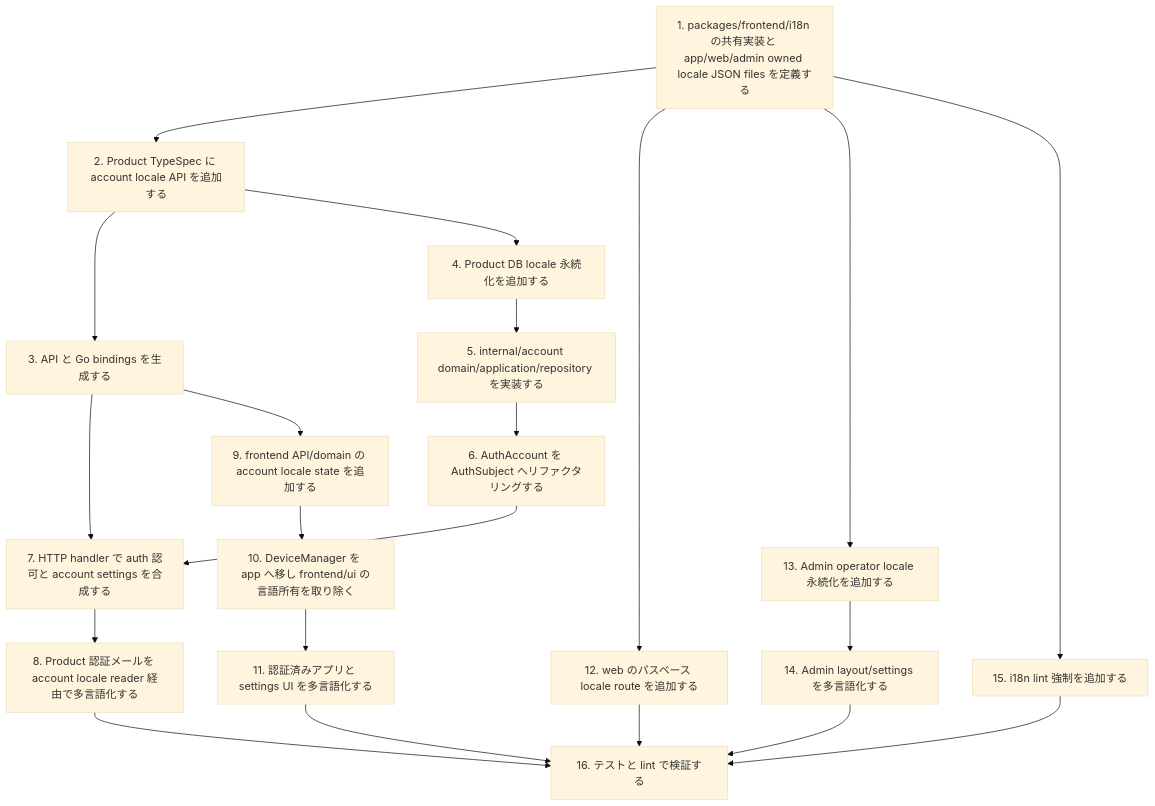
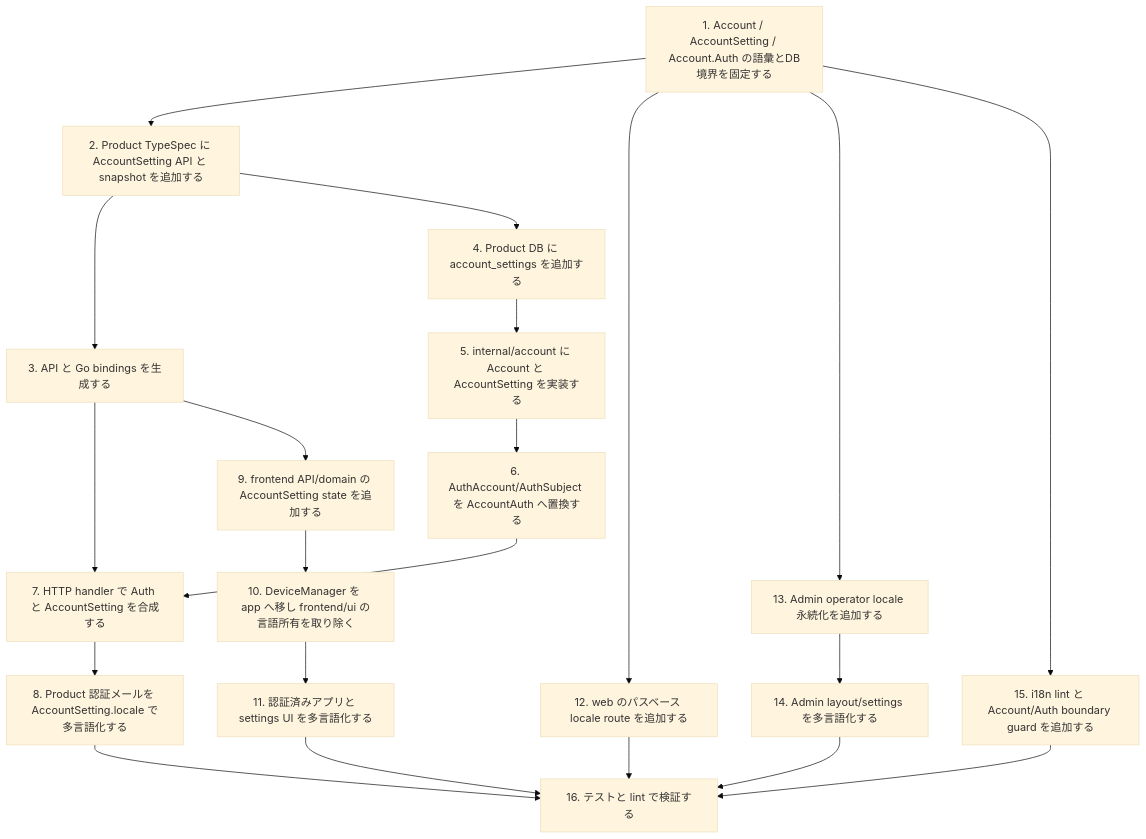
The sixth of 6 diagrams in openspec/changes/add-default-i18n/design.md (witwire-net/www-template), drawn with Mermaid (base theme) before and after one commit. The commit also changed other lines of this file and 4 other files, not shown here.

````diff
--- a/openspec/changes/add-default-i18n/design.md
+++ b/openspec/changes/add-default-i18n/design.md
@@ -608,23 +544,23 @@
 ```mermaid
 flowchart TD
-  A[1. packages/frontend/i18n の共有実装と app/web/admin owned locale JSON files を定義する] --> B[2. Product TypeSpec に account locale API を追加する]
+  A[1. Account / AccountSetting / Account.Auth の語彙とDB境界を固定する] --> B[2. Product TypeSpec に AccountSetting API と snapshot を追加する]
   B --> C[3. API と Go bindings を生成する]
-  B --> D[4. Product DB locale 永続化を追加する]
-  D --> E0[5. internal/account domain/application/repository を実装する]
-  E0 --> E2[6. AuthAccount を AuthSubject へリファクタリングする]
-  C --> E1[7. HTTP handler で auth 認可と account settings を合成する]
+  B --> D[4. Product DB に account_settings を追加する]
+  D --> E0[5. internal/account に Account と AccountSetting を実装する]
+  E0 --> E2[6. AuthAccount/AuthSubject を AccountAuth へ置換する]
+  C --> E1[7. HTTP handler で Auth と AccountSetting を合成する]
   E2 --> E1
-  E1 --> F[8. Product 認証メールを account locale reader 経由で多言語化する]
-  C --> G[9. frontend API/domain の account locale state を追加する]
+  E1 --> F[8. Product 認証メールを AccountSetting.locale で多言語化する]
+  C --> G[9. frontend API/domain の AccountSetting state を追加する]
   G --> H0[10. DeviceManager を app へ移し frontend/ui の言語所有を取り除く]
   H0 --> H[11. 認証済みアプリと settings UI を多言語化する]
   A --> I[12. web のパスベース locale route を追加する]
   A --> J[13. Admin operator locale 永続化を追加する]
   J --> K[14. Admin layout/settings を多言語化する]
-  A --> L[15. i18n lint 強制を追加する]
+  A --> L[15. i18n lint と Account/Auth boundary guard を追加する]
   H --> M[16. テストと lint で検証する]
   I --> M
   K --> M
   F --> M
   L --> M
 ```
````
